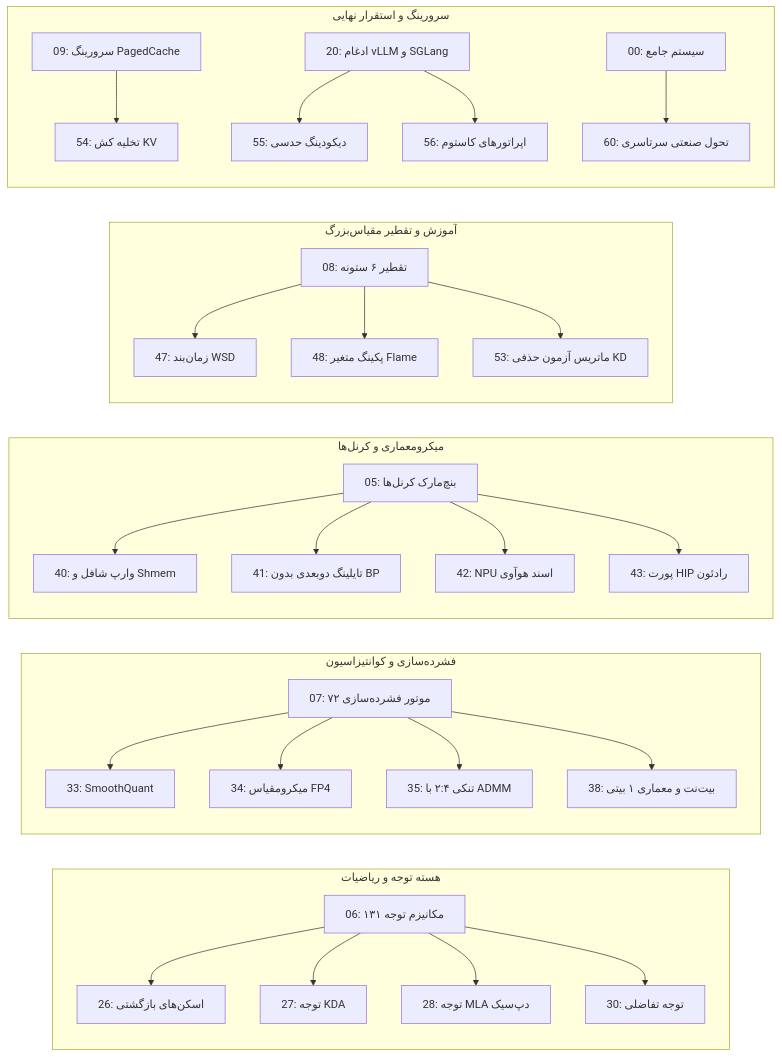
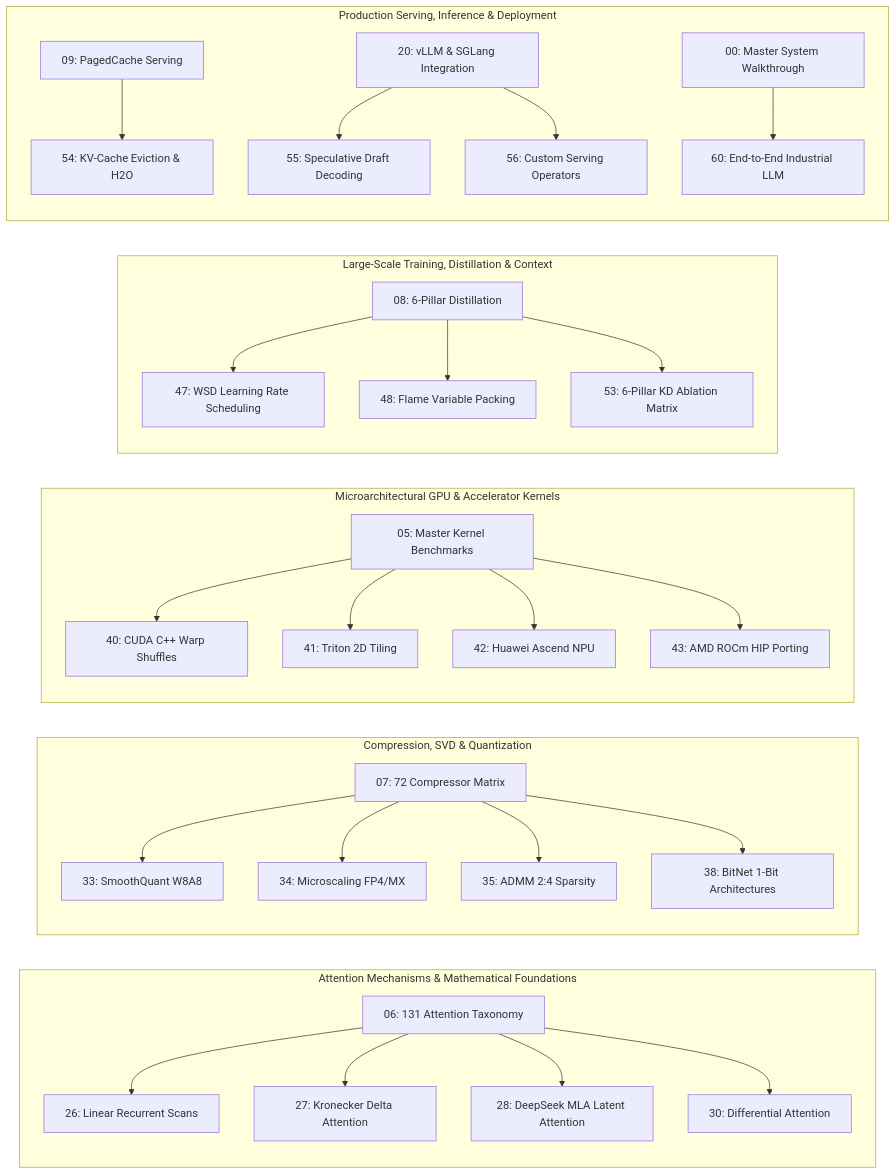
Before and after one commit to tahamajs/NeuralOps: the second of 2 diagrams in notebooks/NOTEBOOKS_COMPREHENSIVE_CATALOG_AND_60_EXPANSION_ROADMAP.md, drawn with Mermaid. The commit also changed other lines of this file, not shown here.

Commit message:
docs(notebooks): rewrite comprehensive catalog and 60-expansion roadmap into publication-grade English

````diff
--- a/notebooks/NOTEBOOKS_COMPREHENSIVE_CATALOG_AND_60_EXPANSION_ROADMAP.md
+++ b/notebooks/NOTEBOOKS_COMPREHENSIVE_CATALOG_AND_60_EXPANSION_ROADMAP.md
@@ -893,36 +891,36 @@
 ```mermaid
 graph LR
-    subgraph AttentionCore ["هسته توجه و ریاضیات"]
-        NB06["06: ۱۳۱ مکانیزم توجه"] --> NB26["26: اسکن‌های بازگشتی"]
-        NB06 --> NB27["27: توجه KDA"]
-        NB06 --> NB28["28: توجه MLA دپ‌سیک"]
-        NB06 --> NB30["30: توجه تفاضلی"]
+    subgraph AttentionCore ["Attention Mechanisms & Mathematical Foundations"]
+        NB06["06: 131 Attention Taxonomy"] --> NB26["26: Linear Recurrent Scans"]
+        NB06 --> NB27["27: Kronecker Delta Attention"]
+        NB06 --> NB28["28: DeepSeek MLA Latent Attention"]
+        NB06 --> NB30["30: Differential Attention"]
     end
 
-    subgraph CompressionCore ["فشرده‌سازی و کوانتیزاسیون"]
-        NB07["07: ۷۲ موتور فشرده‌سازی"] --> NB33["33: SmoothQuant"]
-        NB07 --> NB34["34: میکرومقیاس FP4"]
-        NB07 --> NB35["35: تنکی ۲:۴ با ADMM"]
-        NB07 --> NB38["38: بیت‌نت و معماری ۱ بیتی"]
+    subgraph CompressionCore ["Compression, SVD & Quantization"]
+        NB07["07: 72 Compressor Matrix"] --> NB33["33: SmoothQuant W8A8"]
+        NB07 --> NB34["34: Microscaling FP4/MX"]
+        NB07 --> NB35["35: ADMM 2:4 Sparsity"]
+        NB07 --> NB38["38: BitNet 1-Bit Architectures"]
     end
 
-    subgraph HardwareKernels ["میکرومعماری و کرنل‌ها"]
-        NB05["05: بنچ‌مارک کرنل‌ها"] --> NB40["40: وارپ شافل و Shmem"]
-        NB05 --> NB41["41: تایلینگ دوبعدی بدون BP"]
-        NB05 --> NB42["42: NPU اسند هوآوی"]
-        NB05 --> NB43["43: پورت HIP رادئون"]
+    subgraph HardwareKernels ["Microarchitectural GPU & Accelerator Kernels"]
+        NB05["05: Master Kernel Benchmarks"] --> NB40["40: CUDA C++ Warp Shuffles"]
+        NB05 --> NB41["41: Triton 2D Tiling"]
+        NB05 --> NB42["42: Huawei Ascend NPU"]
+        NB05 --> NB43["43: AMD ROCm HIP Porting"]
     end
 
-    subgraph DistillationScale ["آموزش و تقطیر مقیاس‌بزرگ"]
-        NB08["08: تقطیر ۶ ستونه"] --> NB47["47: زمان‌بند WSD"]
-        NB08 --> NB48["48: پکینگ متغیر Flame"]
-        NB08 --> NB53["53: ماتریس آزمون حذفی KD"]
+    subgraph DistillationScale ["Large-Scale Training, Distillation & Context"]
+        NB08["08: 6-Pillar Distillation"] --> NB47["47: WSD Learning Rate Scheduling"]
+        NB08 --> NB48["48: Flame Variable Packing"]
+        NB08 --> NB53["53: 6-Pillar KD Ablation Matrix"]
     end
 
-    subgraph ServingProduction ["سرورینگ و استقرار نهایی"]
-        NB09["09: سرورینگ PagedCache"] --> NB54["54: تخلیه کش KV"]
-        NB20["20: ادغام vLLM و SGLang"] --> NB55["55: دیکودینگ حدسی"]
-        NB20 --> NB56["56: اپراتورهای کاستوم"]
-        NB00["00: سیستم جامع"] --> NB60["60: تحول صنعتی سرتاسری"]
+    subgraph ServingProduction ["Production Serving, Inference & Deployment"]
+        NB09["09: PagedCache Serving"] --> NB54["54: KV-Cache Eviction & H2O"]
+        NB20["20: vLLM & SGLang Integration"] --> NB55["55: Speculative Draft Decoding"]
+        NB20 --> NB56["56: Custom Serving Operators"]
+        NB00["00: Master System Walkthrough"] --> NB60["60: End-to-End Industrial LLM"]
     end
 ```
````
